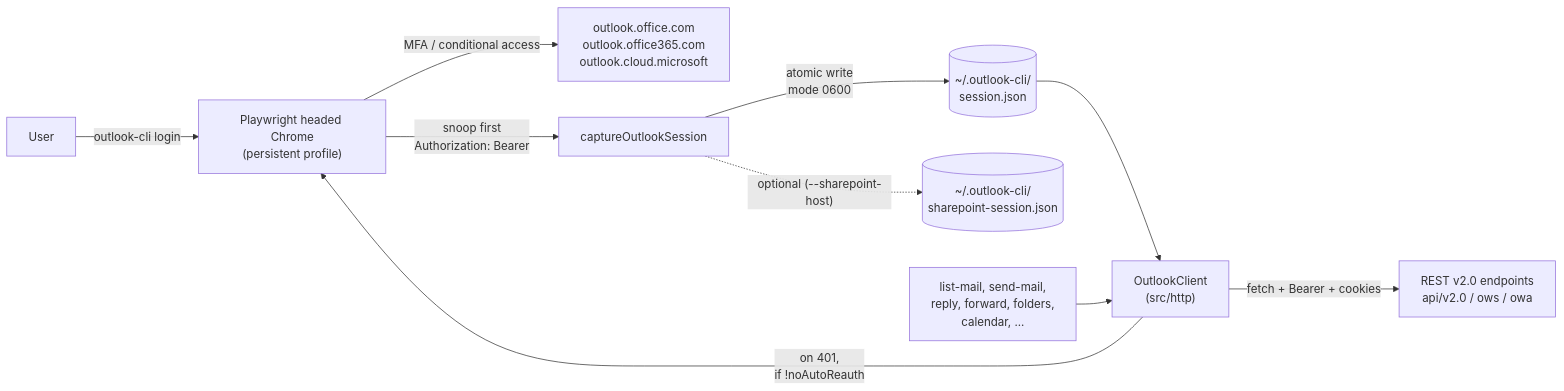
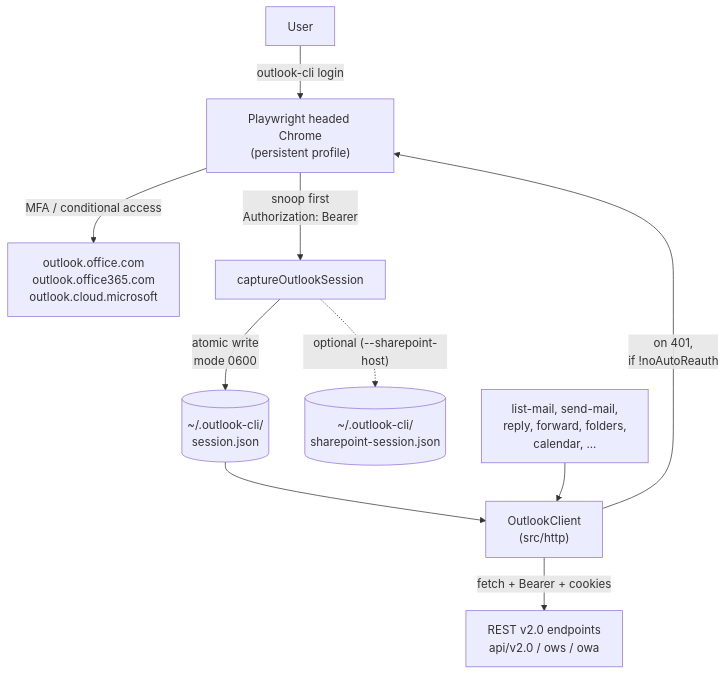
The diagram in README.md (weirdapps/outlook-access), drawn with Mermaid before and after one commit.

Commit message:
docs: switch README architecture diagram to vertical layout
Convert the Mermaid diagram from horizontal (LR) to vertical (TD) so it renders
without horizontal scrolling in the GitHub README column.

````diff
--- a/README.md
+++ b/README.md
@@ -63,12 +63,12 @@
 ```mermaid
-flowchart LR
+flowchart TD
     A["User"] -->|"outlook-cli login"| B["Playwright headed Chrome<br/>(persistent profile)"]
     B -->|"MFA / conditional access"| C["outlook.office.com<br/>outlook.office365.com<br/>outlook.cloud.microsoft"]
     B -->|"snoop first<br/>Authorization: Bearer"| D["captureOutlookSession"]
     D -->|"atomic write<br/>mode 0600"| E[("~/.outlook-cli/<br/>session.json")]
     D -.optional (--sharepoint-host).-> F[("~/.outlook-cli/<br/>sharepoint-session.json")]
     E --> G["OutlookClient<br/>(src/http)"]
     G -->|"fetch + Bearer + cookies"| H["REST v2.0 endpoints<br/>api/v2.0 / ows / owa"]
     G -->|"on 401,<br/>if !noAutoReauth"| B
     I["list-mail, send-mail,<br/>reply, forward, folders,<br/>calendar, ..."] --> G
 ```
````
